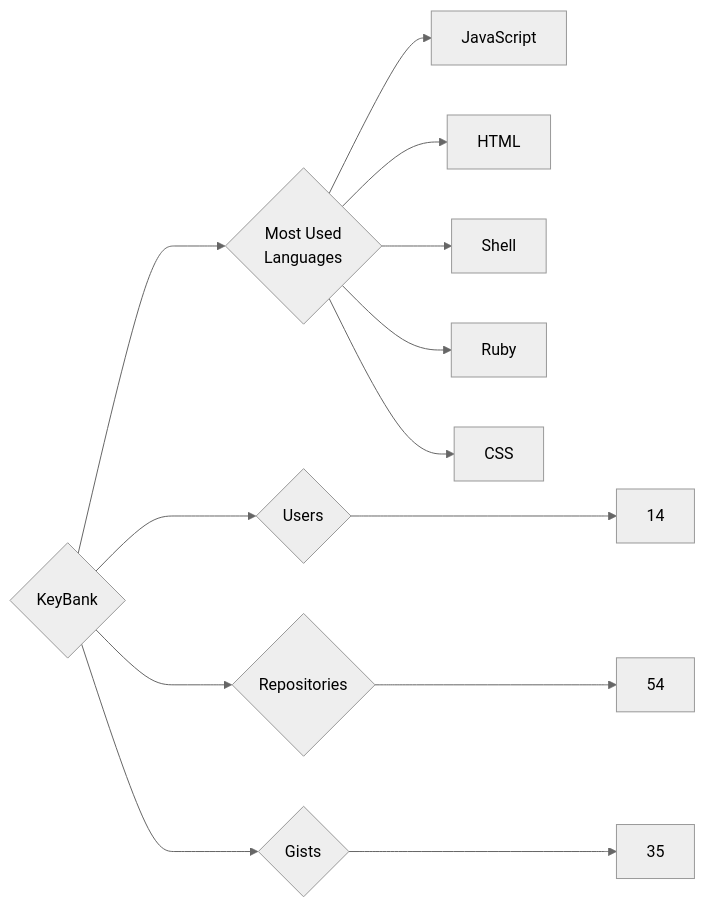
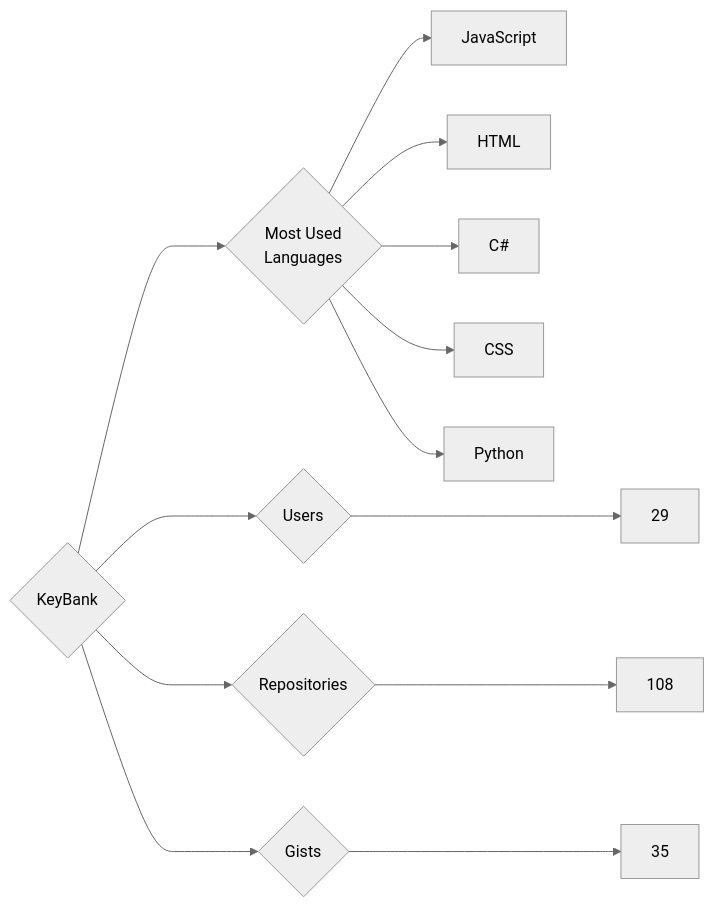
Before and after one commit to trickest/insiders: the diagram in targets/KeyBank/README.md, drawn with Mermaid (neutral theme). The commit also changed 965 other files, not shown here.

````diff
--- a/targets/KeyBank/README.md
+++ b/targets/KeyBank/README.md
@@ -3,13 +3,13 @@
 ```mermaid
 graph LR
 COMPANY_NAME{KeyBank}
-COMPANY_NAME ---> U{Users} ---> UN[14]
-COMPANY_NAME ---> R{Repositories} ---> RN[54]
+COMPANY_NAME ---> U{Users} ---> UN[29]
+COMPANY_NAME ---> R{Repositories} ---> RN[108]
 COMPANY_NAME ---> G{Gists} ---> GN[35]
 COMPANY_NAME ---> ML{Most Used<br>Languages}
 ML --> JavaScript[JavaScript]
 ML --> HTML[HTML]
-ML --> Shell[Shell]
-ML --> Ruby[Ruby]
+ML --> C#[C#]
 ML --> CSS[CSS]
+ML --> Python[Python]
 ```
````
